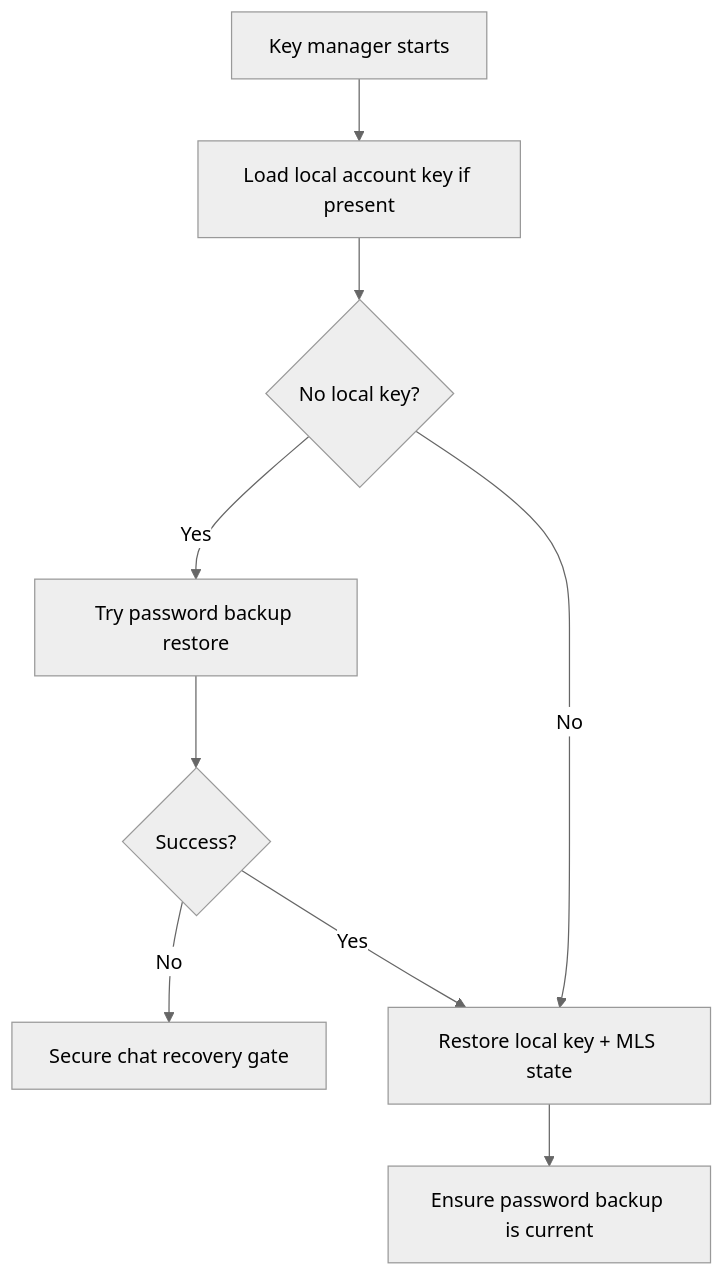
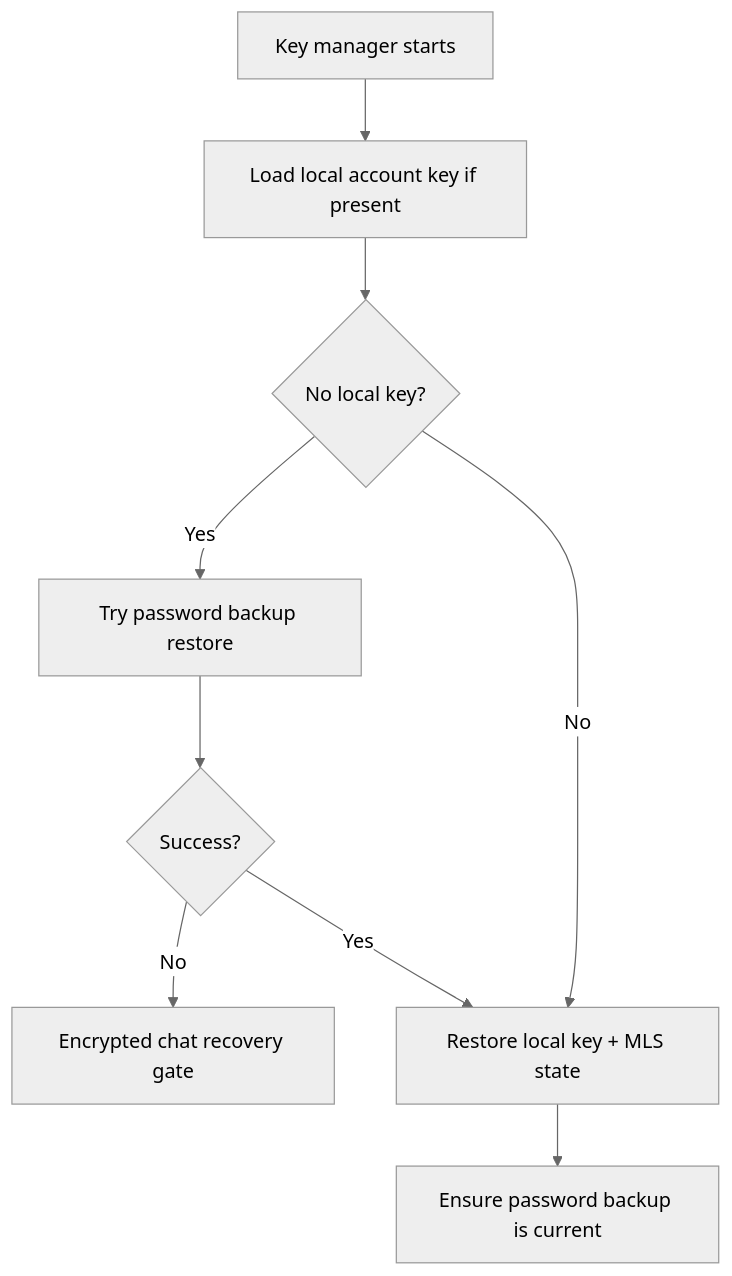
Diagram 16 of 16 in VOID0000-www/docs/project-flow-map.md (voidjack233/VOID-CHATS), drawn with Mermaid (neutral theme) before and after one commit. The commit also changed other lines of this file and 12 other files, not shown here.

````diff
--- a/VOID0000-www/docs/project-flow-map.md
+++ b/VOID0000-www/docs/project-flow-map.md
@@ -430,11 +430,11 @@
 ```mermaid
 flowchart TD
   A[Key manager starts] --> B[Load local account key if present]
   B --> C{No local key?}
   C -- Yes --> D[Try password backup restore]
   D --> E{Success?}
-  E -- No --> F[Secure chat recovery gate]
+  E -- No --> F[Encrypted chat recovery gate]
   E -- Yes --> G[Restore local key + MLS state]
   C -- No --> G
   G --> H[Ensure password backup is current]
 ```
````
